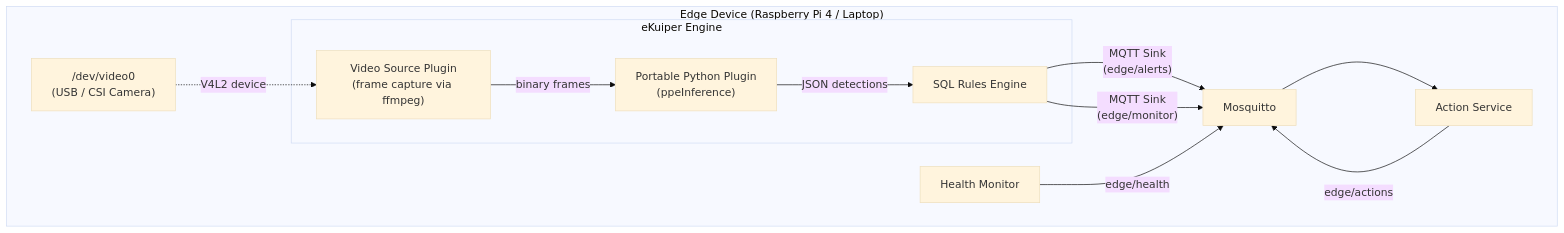
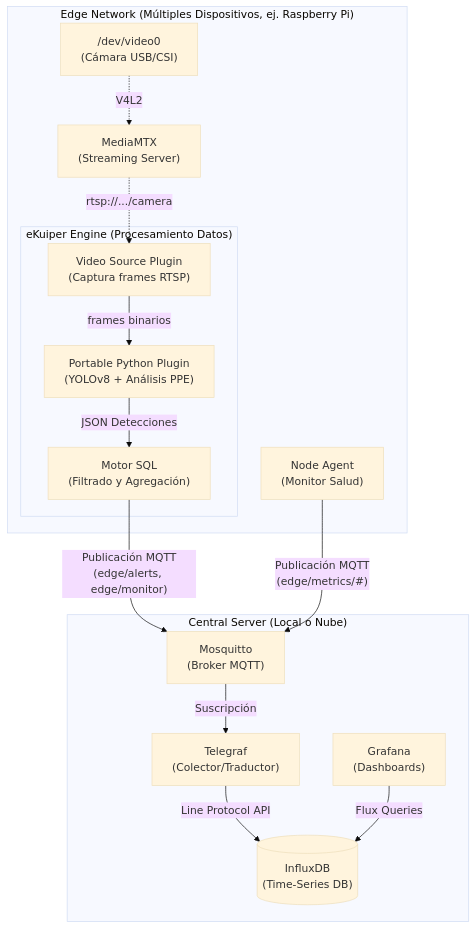
The diagram in docs/architecture.md (jorghee/edge-vision-system), drawn with Mermaid (base theme) before and after one commit. The commit also changed other lines of this file and 6 other files, not shown here.

Commit message:
docs: add explain about architecture, data pipeline, and infraestructure

````diff
--- a/docs/architecture.md
+++ b/docs/architecture.md
@@ -7,22 +11,33 @@
 ```mermaid
 graph TD
-    subgraph "Edge Device (Raspberry Pi 4 / Laptop)"
-        CAM["/dev/video0<br/>(USB / CSI Camera)"] -.->|"V4L2 device"| VS
+    subgraph "Edge Network (Múltiples Dispositivos, ej. Raspberry Pi)"
+        CAM["/dev/video0<br/>(Cámara USB/CSI)"] -.->|"V4L2"| MMTX["MediaMTX<br/>(Streaming Server)"]
+        
+        subgraph "eKuiper Engine (Procesamiento Datos)"
+            VS["Video Source Plugin<br/>(Captura frames RTSP)"]
+            PP["Portable Python Plugin<br/>(YOLOv8 + Análisis PPE)"]
+            SQL["Motor SQL<br/>(Filtrado y Agregación)"]
+            
+            VS -->|"frames binarios"| PP
+            PP -->|"JSON Detecciones"| SQL
+        end
+        
+        MMTX -.->|"rtsp://.../camera"| VS
+        
+        NA["Node Agent<br/>(Monitor Salud)"]
+    end
 
-        subgraph eKuiper["eKuiper Engine"]
-            VS["Video Source Plugin<br/>(frame capture via ffmpeg)"]
-            PP["Portable Python Plugin<br/>(ppeInference)"]
-            SQL["SQL Rules Engine"]
+    subgraph "Central Server (Local o Nube)"
+        MQTT["Mosquitto<br/>(Broker MQTT)"]
+        TLG["Telegraf<br/>(Colector/Traductor)"]
+        DB[("InfluxDB<br/>(Time-Series DB)")]
+        GF["Grafana<br/>(Dashboards)"]
+        
+        MQTT -->|"Suscripción"| TLG
+        TLG -->|"Line Protocol API"| DB
+        GF -->|"Flux Queries"| DB
+    end
 
-            VS -->|"binary frames"| PP
-            PP -->|"JSON detections"| SQL
-        end
-
-        SQL -->|"MQTT Sink<br/>(edge/alerts)"| MQTT["Mosquitto"]
-        SQL -->|"MQTT Sink<br/>(edge/monitor)"| MQTT
-        MQTT --> ACT["Action Service"]
-        ACT -->|"edge/actions"| MQTT
-
-        HM["Health Monitor"] -->|"edge/health"| MQTT
-    end
+    SQL -->|"Publicación MQTT<br/>(edge/alerts, edge/monitor)"| MQTT
+    NA -->|"Publicación MQTT<br/>(edge/metrics/#)"| MQTT
 ```
````
